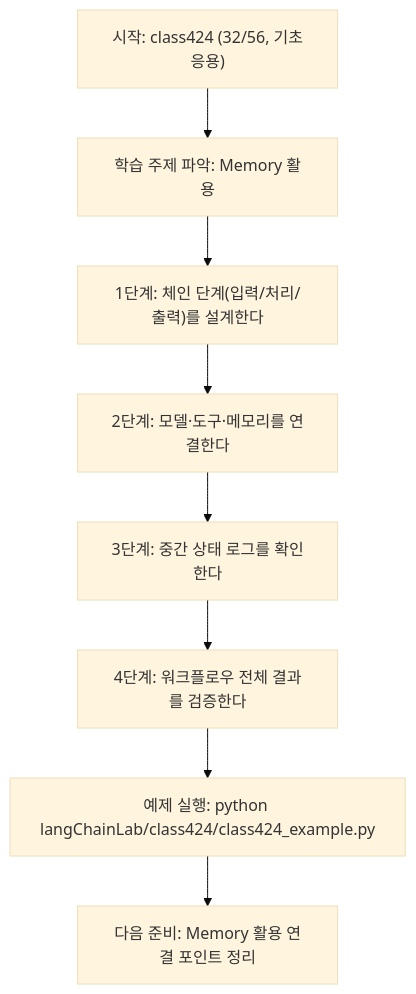
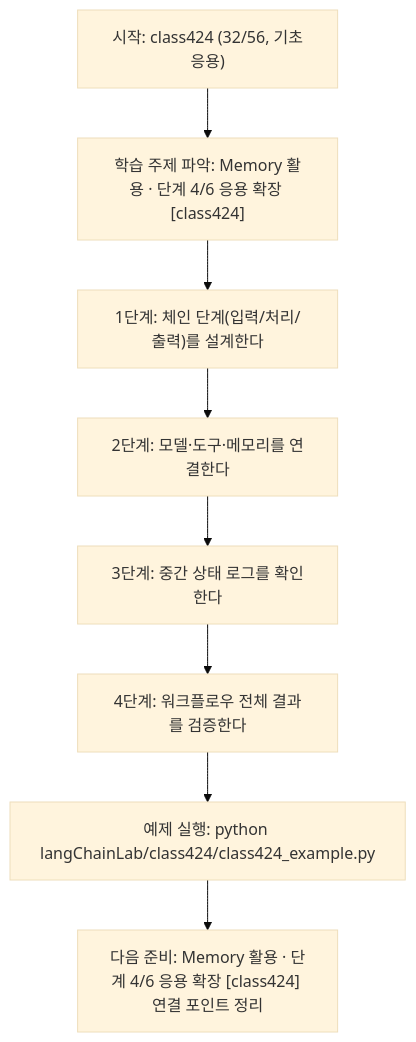
One commit to edumgt/Python-AI_Agent-Class changed the diagram in langChainLab/class424/class424.md. Above: the diagram before and after it, drawn with Mermaid (base theme). The commit also changed other lines of this file and 522 other files, not shown here.

````diff
--- a/langChainLab/class424/class424.md
+++ b/langChainLab/class424/class424.md
@@ -108,18 +109,18 @@
 ```mermaid
 flowchart TD
 N1["시작: class424 (32/56, 기초응용)"]
-N2["학습 주제 파악: Memory 활용"]
+N2["학습 주제 파악: Memory 활용 · 단계 4/6 응용 확장 [class424]"]
 N3["1단계: 체인 단계(입력/처리/출력)를 설계한다"]
 N4["2단계: 모델·도구·메모리를 연결한다"]
 N5["3단계: 중간 상태 로그를 확인한다"]
 N6["4단계: 워크플로우 전체 결과를 검증한다"]
 N7["예제 실행: python langChainLab/class424/class424_example.py"]
-N8["다음 준비: Memory 활용 연결 포인트 정리"]
+N8["다음 준비: Memory 활용 · 단계 4/6 응용 확장 [class424] 연결 포인트 정리"]
 N1 --> N2
 N2 --> N3
 N3 --> N4
 N4 --> N5
 N5 --> N6
 N6 --> N7
 N7 --> N8
 ```
````
